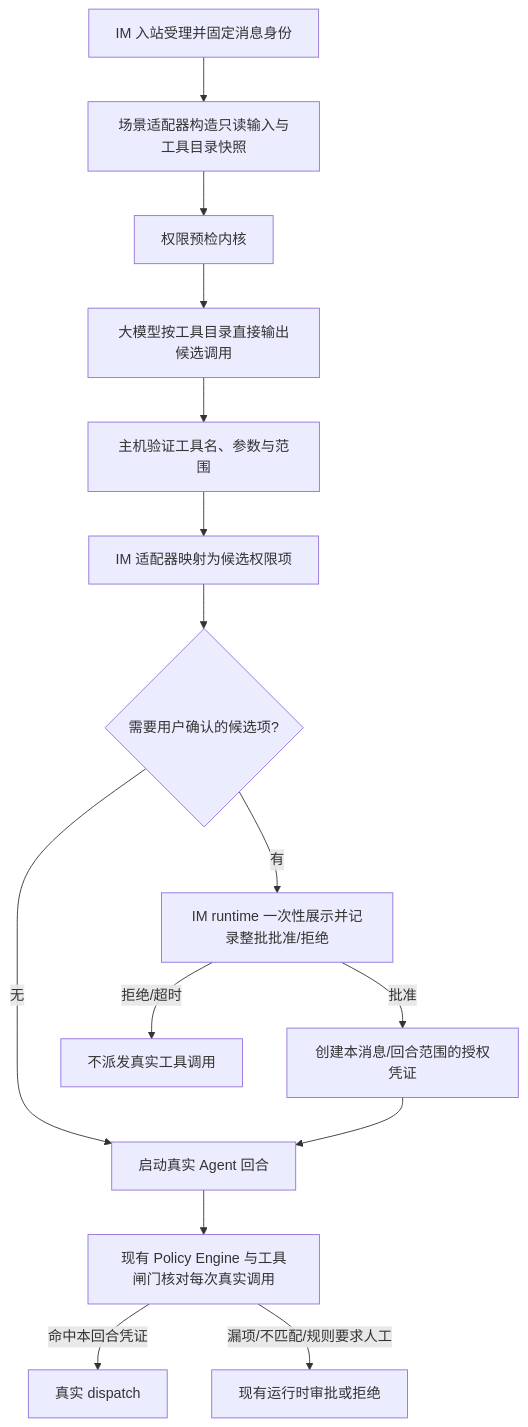
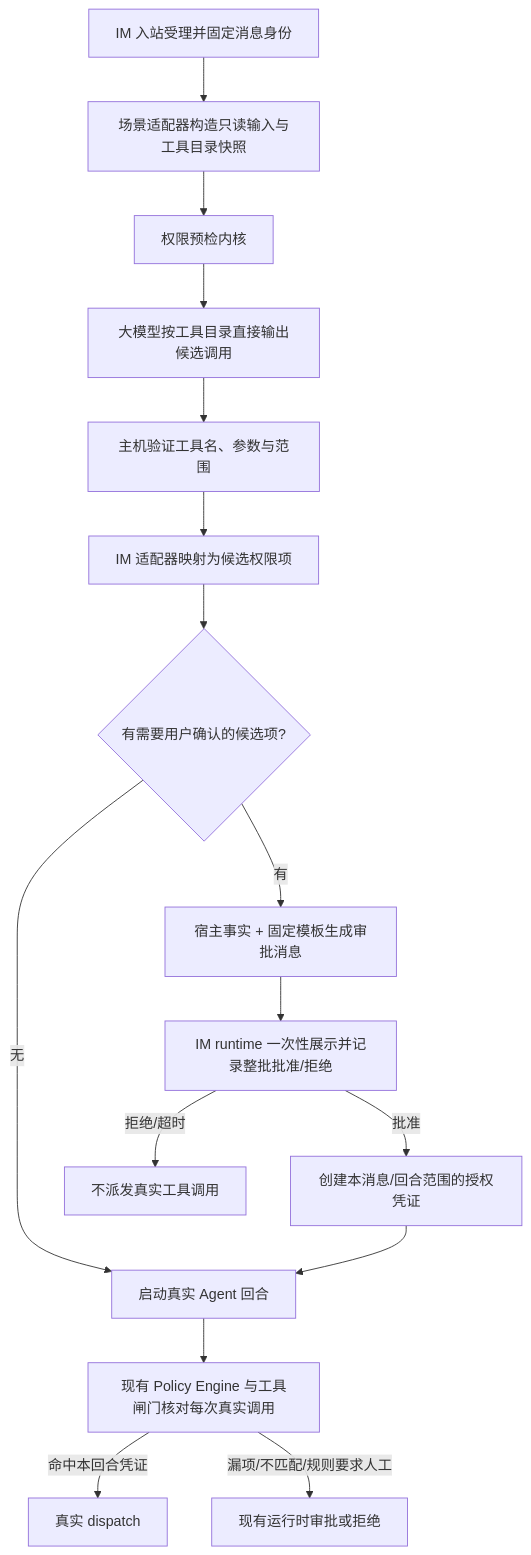
One commit to SpaceHuang/SpaceAssistant changed the diagram in docs/develop/im-remote/in-flight/IM指令权限预检与集中审批技术方案.md. Above: the diagram before and after it, drawn with Mermaid. The commit also changed other lines of this file and 50 other files, not shown here.

````diff
--- a/docs/develop/im-remote/in-flight/IM指令权限预检与集中审批技术方案.md
+++ b/docs/develop/im-remote/in-flight/IM指令权限预检与集中审批技术方案.md
@@ -92,17 +115,18 @@
 ```mermaid
 flowchart TD
     A[IM 入站受理并固定消息身份] --> B[场景适配器构造只读输入与工具目录快照]
     B --> C[权限预检内核]
     C --> D[大模型按工具目录直接输出候选调用]
     D --> E[主机验证工具名、参数与范围]
     E --> F[IM 适配器映射为候选权限项]
-    F --> G{需要用户确认的候选项?}
-    G -- 无 --> J[启动真实 Agent 回合]
-    G -- 有 --> H[IM runtime 一次性展示并记录整批批准/拒绝]
-    H -->|批准| I[创建本消息/回合范围的授权凭证]
-    I --> J
-    H -->|拒绝/超时| K[不派发真实工具调用]
-    J --> L[现有 Policy Engine 与工具闸门核对每次真实调用]
-    L -->|命中本回合凭证| M[真实 dispatch]
-    L -->|漏项/不匹配/规则要求人工| N[现有运行时审批或拒绝]
+    F --> G{有需要用户确认的候选项?}
+    G -- 无 --> H[启动真实 Agent 回合]
+    G -- 有 --> I[宿主事实 + 固定模板生成审批消息]
+    I --> J[IM runtime 一次性展示并记录整批批准/拒绝]
+    J -->|批准| K[创建本消息/回合范围的授权凭证]
+    K --> H
+    J -->|拒绝/超时| L[不派发真实工具调用]
+    H --> M[现有 Policy Engine 与工具闸门核对每次真实调用]
+    M -->|命中本回合凭证| N[真实 dispatch]
+    M -->|漏项/不匹配/规则要求人工| O[现有运行时审批或拒绝]
 ```
````
